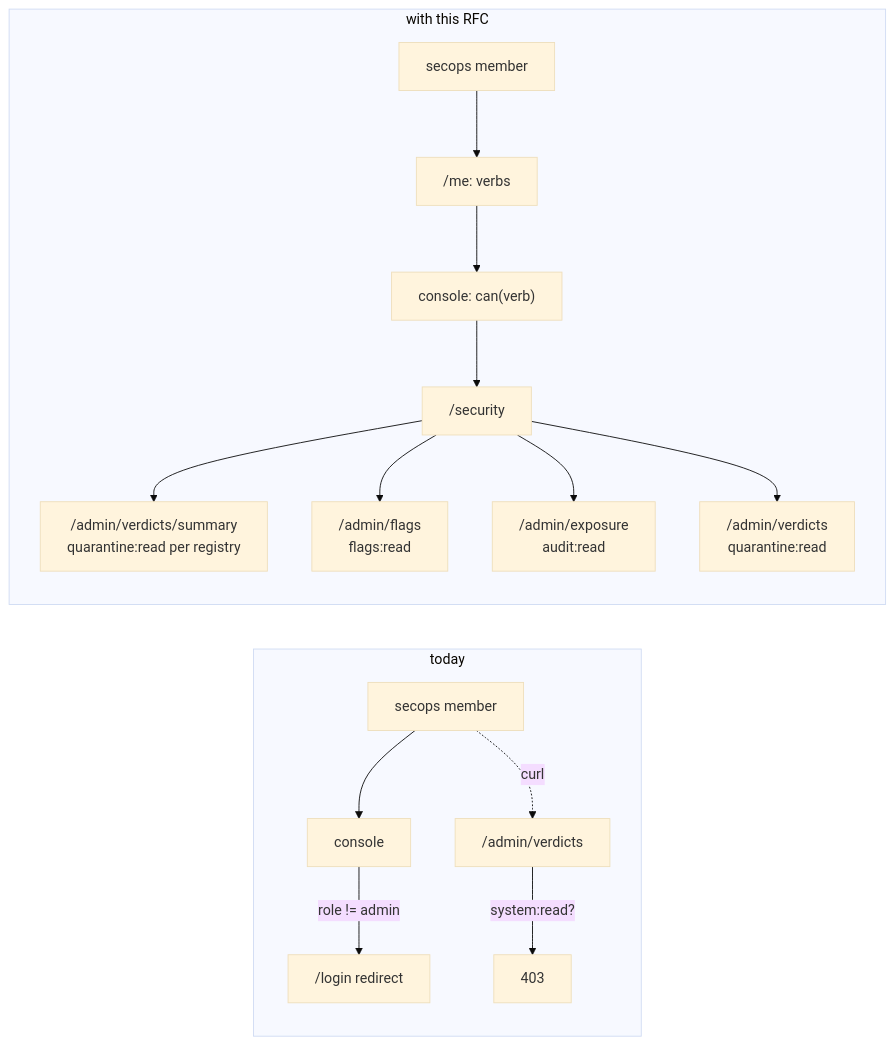
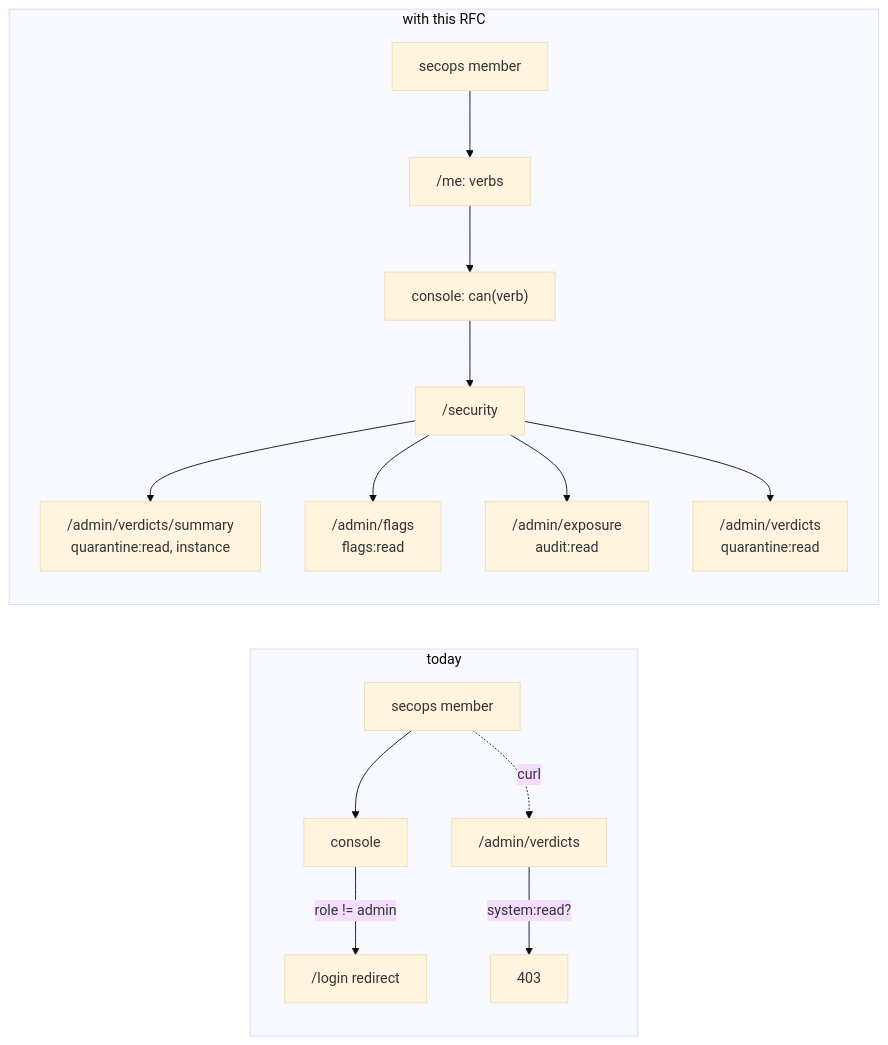
The first of 3 diagrams in docs/rfc/0042-security-console-by-verb.md (batlehub/batlehub), drawn with Mermaid (base theme) before and after one commit. The commit also changed other lines of this file and 9 other files, not shown here.

````diff
--- a/docs/rfc/0042-security-console-by-verb.md
+++ b/docs/rfc/0042-security-console-by-verb.md
@@ -63,18 +63,18 @@
 ```mermaid
 flowchart LR
     subgraph T["today"]
         U1["secops member"] --> C1["console"]
         C1 -->|"role != admin"| X1["/login redirect"]
         U1 -.->|"curl"| V1["/admin/verdicts"]
         V1 -->|"system:read?"| D1["403"]
     end
     subgraph W["with this RFC"]
         U2["secops member"] --> M["/me: verbs"]
         M --> C2["console: can(verb)"]
         C2 --> S["/security"]
-        S --> SUM["/admin/verdicts/summary<br/>quarantine:read per registry"]
+        S --> SUM["/admin/verdicts/summary<br/>quarantine:read, instance"]
         S --> F["/admin/flags<br/>flags:read"]
         S --> E["/admin/exposure<br/>audit:read"]
         S --> V2["/admin/verdicts<br/>quarantine:read"]
     end
 ```
````
